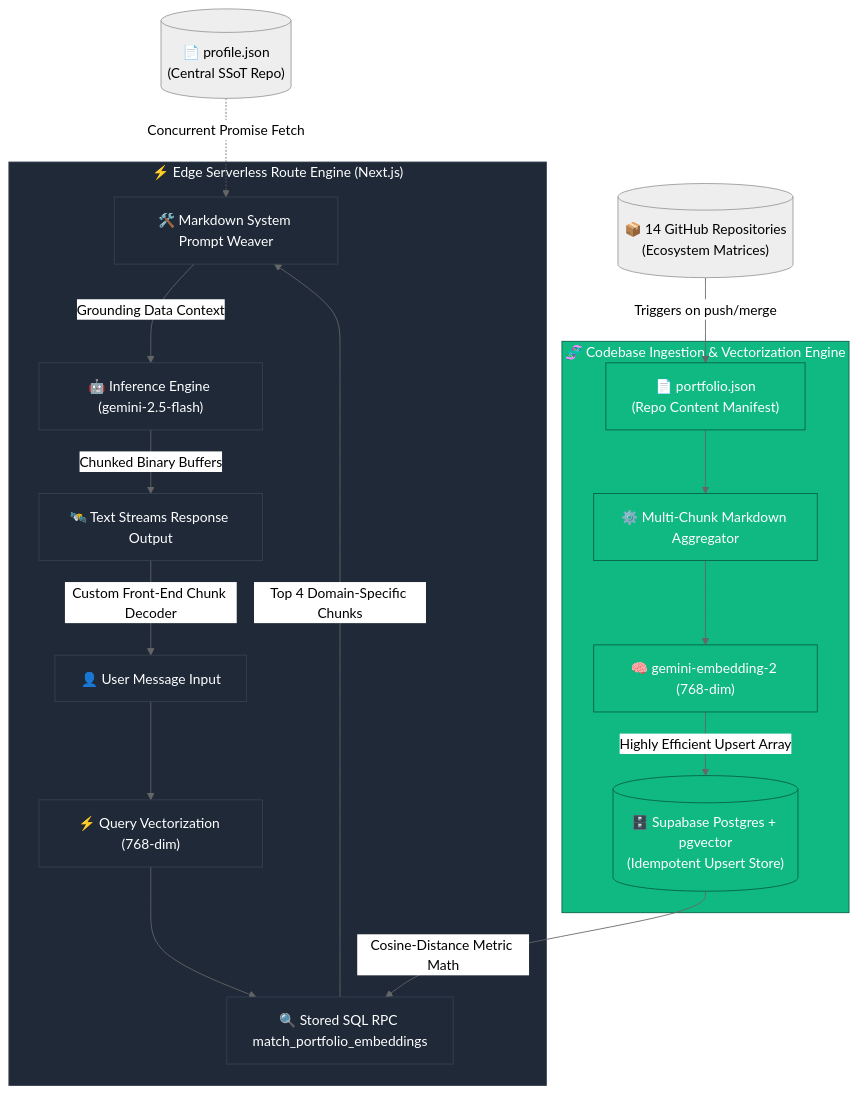
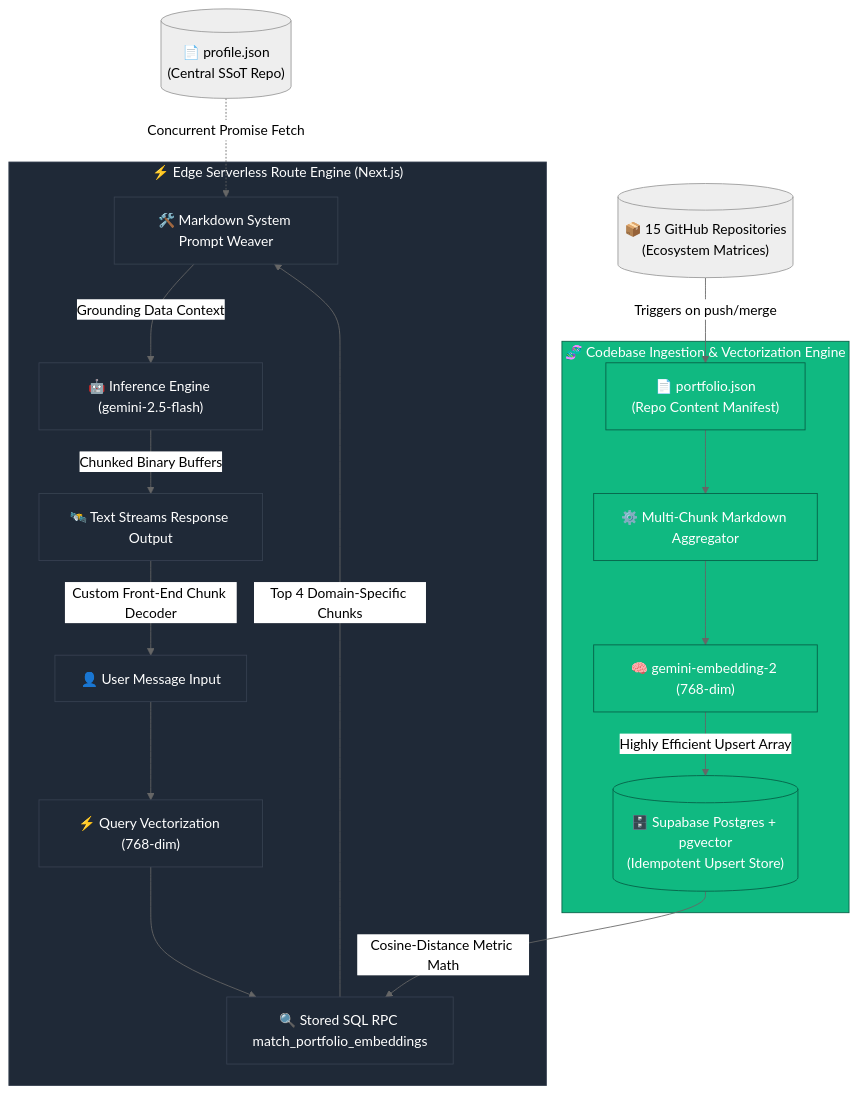
The diagram in README.md (HoodieYlya13/ylya-bot), drawn with Mermaid (neutral theme) before and after one commit. The commit also changed 1 other file, not shown here.

Commit message:
metrics update

````diff
--- a/README.md
+++ b/README.md
@@ -25,47 +25,47 @@
 ```mermaid
 flowchart TD
     %% Core Inputs
     ProfileJSON[("📄 profile.json<br>(Central SSoT Repo)")]
-    Repos[("📦 14 GitHub Repositories<br>(Ecosystem Matrices)")]
+    Repos[("📦 15 GitHub Repositories<br>(Ecosystem Matrices)")]
 
     %% Ingestion Pipeline
     subgraph IngestionPipeline ["🧬 Codebase Ingestion & Vectorization Engine"]
         PortJSON["📄 portfolio.json<br>(Repo Content Manifest)"]
         Parser["⚙️ Multi-Chunk Markdown Aggregator"]
         Embedder["🧠 gemini-embedding-2 (768-dim)"]
         VectorDB[("🗄️ Supabase Postgres + pgvector<br>(Idempotent Upsert Store)")]
     end
 
     %% Runtime Query Flow
     subgraph Runtime ["⚡ Edge Serverless Route Engine (Next.js)"]
         UserQuery["👤 User Message Input"]
         QueryEmbed["⚡ Query Vectorization (768-dim)"]
         SemanticSearch["🔍 Stored SQL RPC match_portfolio_embeddings"]
         SysPrompt["🛠️ Markdown System Prompt Weaver"]
         LLM["🤖 Inference Engine (gemini-2.5-flash)"]
         StreamResponse["🛰️ Text Streams Response Output"]
     end
 
     %% Flow Connections
     ProfileJSON -.->|Concurrent Promise Fetch| SysPrompt
     Repos -->|Triggers on push/merge| PortJSON
     PortJSON --> Parser
     Parser --> Embedder
     Embedder -->|Highly Efficient Upsert Array| VectorDB
 
     UserQuery --> QueryEmbed
     QueryEmbed --> SemanticSearch
     VectorDB -->|Cosine-Distance Metric Math| SemanticSearch
     SemanticSearch -->|Top 4 Domain-Specific Chunks| SysPrompt
     SysPrompt -->|Grounding Data Context| LLM
     LLM -->|Chunked Binary Buffers| StreamResponse
     StreamResponse -->|Custom Front-End Chunk Decoder| UserQuery
 
     %% Styling
     classDef main fill:#6366f1,stroke:#312e81,stroke-width:2px,color:#fff;
     classDef runtime fill:#1f2937,stroke:#374151,stroke-width:1px,color:#fff;
     classDef ingest fill:#10b981,stroke:#065f46,stroke-width:1px,color:#fff;
     class SSoT main;
     class IngestionPipeline,PortJSON,Parser,Embedder,VectorDB ingest;
     class Runtime,UserQuery,QueryEmbed,SemanticSearch,SysPrompt,LLM,StreamResponse runtime;
 ```
````
